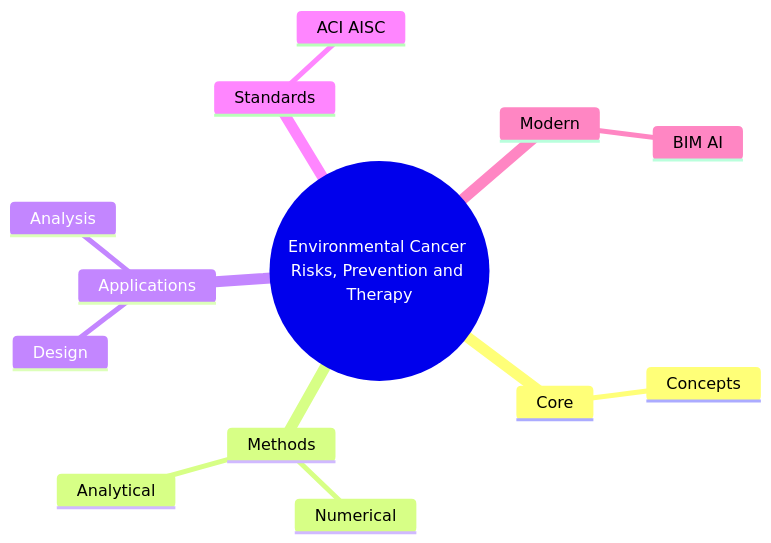
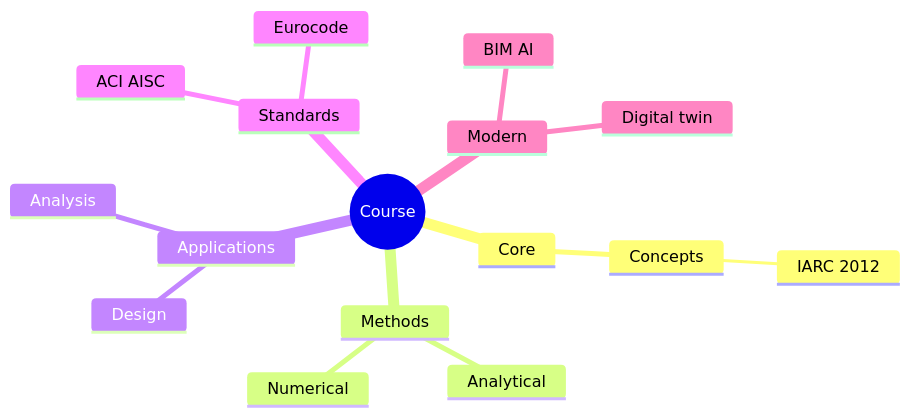
Before and after one commit to yip-lgtm/civil-bootcamp: the sixth of 10 diagrams in MIT_CEE_Core/Track_1_Environment/Environmental_Life_Sciences/02_1.081_Environmental_Cancer_Risks.md, drawn with Mermaid. The commit also changed other lines of this file and 56 other files, not shown here.

````diff
--- a/MIT_CEE_Core/Track_1_Environment/Environmental_Life_Sciences/02_1.081_Environmental_Cancer_Risks.md
+++ b/MIT_CEE_Core/Track_1_Environment/Environmental_Life_Sciences/02_1.081_Environmental_Cancer_Risks.md
@@ -263,16 +663,19 @@
 ```mermaid
 mindmap
-    root((Environmental Cancer Risks, Prevention and Therapy))
-      Core
-        Concepts
-      Methods
-        Analytical
-        Numerical
-      Applications
-        Design
-        Analysis
-      Standards
-        ACI AISC
-      Modern
-        BIM AI
+  root((Course))
+    Core
+      Concepts
+        IARC 2012
+    Methods
+      Analytical
+      Numerical
+    Applications
+      Design
+      Analysis
+    Standards
+      ACI AISC
+      Eurocode
+    Modern
+      BIM AI
+      Digital twin
 ```
````
